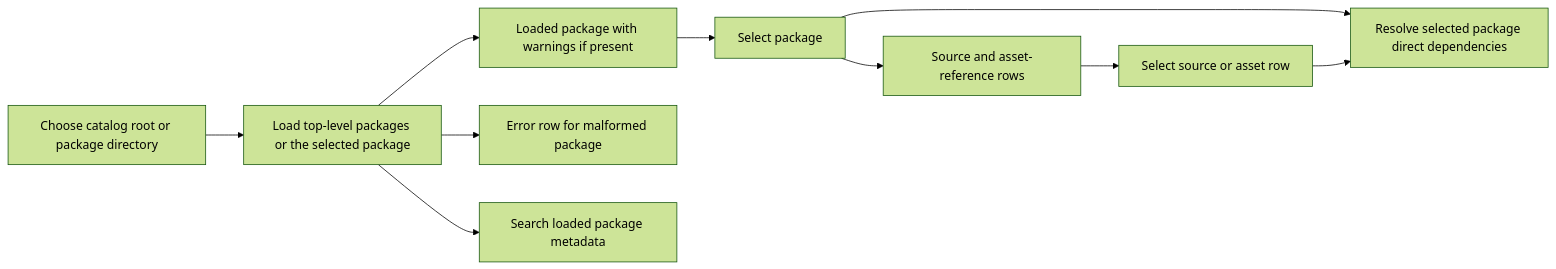
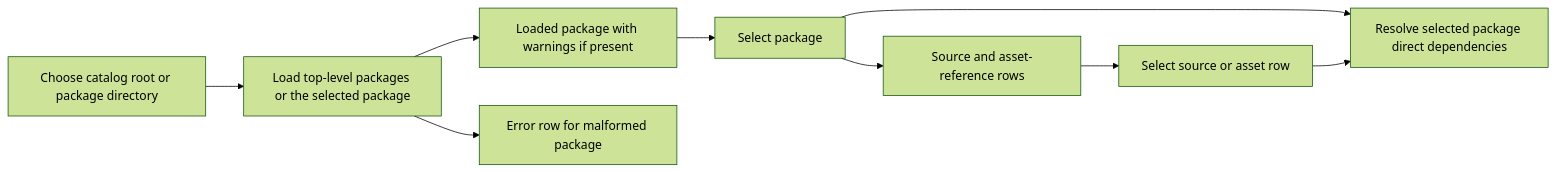
Before and after one commit to PapayaModding/UABS: the fourth of 5 diagrams in Avalonia/docs/03_design/ui-and-workflow-design.md, drawn with Mermaid (forest theme). The commit also changed other lines of this file and 94 other files, not shown here.

````diff
--- a/Avalonia/docs/03_design/ui-and-workflow-design.md
+++ b/Avalonia/docs/03_design/ui-and-workflow-design.md
@@ -70,12 +141,11 @@
 ```mermaid
 flowchart LR
     Pick["Choose catalog root or package directory"] --> Catalog["Load top-level packages or the selected package"]
     Catalog --> Valid["Loaded package with warnings if present"]
     Catalog --> Invalid["Error row for malformed package"]
     Valid --> Select["Select package"]
     Select --> Contents["Source and asset-reference rows"]
     Select --> Dependencies["Resolve selected package direct dependencies"]
-    Catalog --> Search["Search loaded package metadata"]
     Contents --> SourceFilter["Select source or asset row"]
     SourceFilter --> Dependencies
 ```
````
